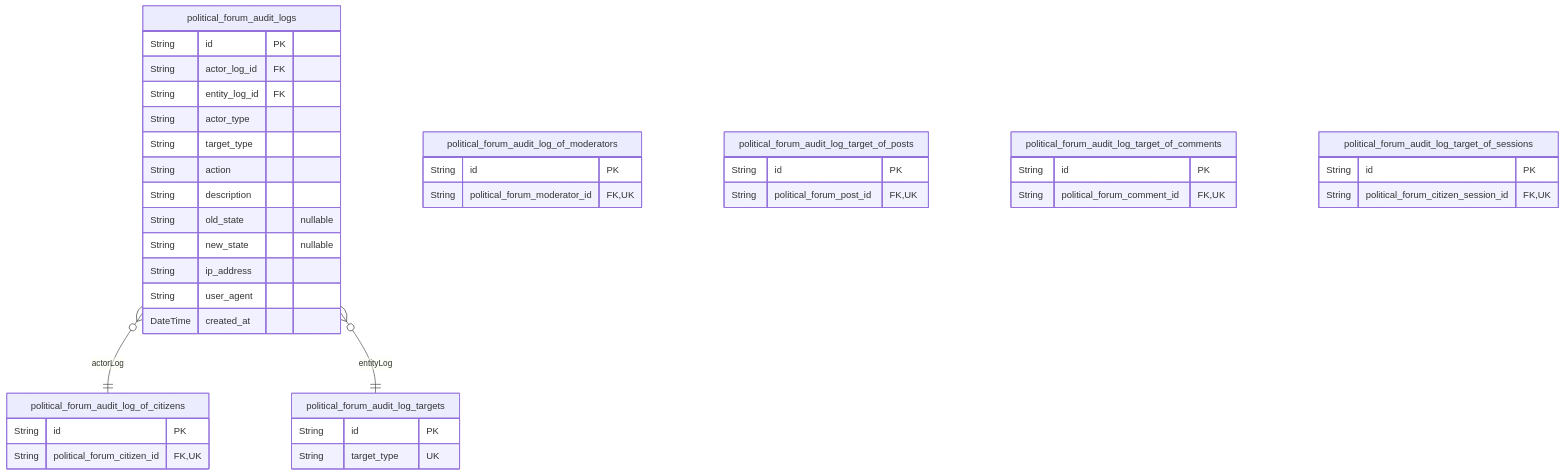
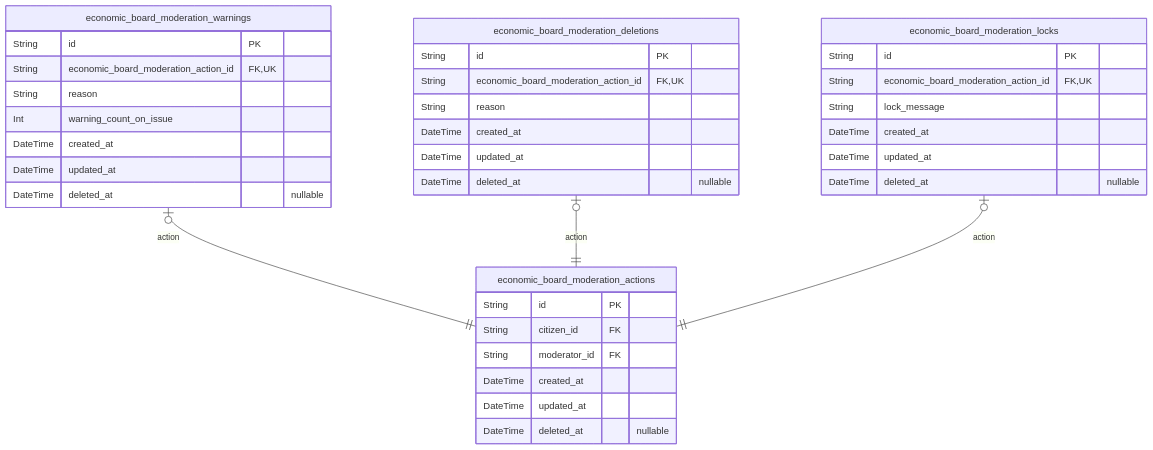
Before and after one commit to wrtnlabs/autobe-examples: the fifth of 6 diagrams in qwen/qwen3-next-80b-a3b-instruct/bbs/docs/ERD.md, drawn with Mermaid. The commit also changed other lines of this file and 22498 other files, not shown here.

````diff
--- a/qwen/qwen3-next-80b-a3b-instruct/bbs/docs/ERD.md
+++ b/qwen/qwen3-next-80b-a3b-instruct/bbs/docs/ERD.md
@@ -788,43 +743,39 @@
 ```mermaid
 erDiagram
-"political_forum_audit_logs" {
+"economic_board_moderation_actions" {
   String id PK
-  String actor_log_id FK
-  String entity_log_id FK
-  String actor_type
-  String target_type
-  String action
-  String description
-  String old_state "nullable"
-  String new_state "nullable"
-  String ip_address
-  String user_agent
+  String citizen_id FK
+  String moderator_id FK
   DateTime created_at
+  DateTime updated_at
+  DateTime deleted_at "nullable"
 }
-"political_forum_audit_log_of_citizens" {
+"economic_board_moderation_warnings" {
   String id PK
-  String political_forum_citizen_id FK,UK
+  String economic_board_moderation_action_id FK,UK
+  String reason
+  Int warning_count_on_issue
+  DateTime created_at
+  DateTime updated_at
+  DateTime deleted_at "nullable"
 }
-"political_forum_audit_log_of_moderators" {
+"economic_board_moderation_deletions" {
   String id PK
-  String political_forum_moderator_id FK,UK
+  String economic_board_moderation_action_id FK,UK
+  String reason
+  DateTime created_at
+  DateTime updated_at
+  DateTime deleted_at "nullable"
 }
-"political_forum_audit_log_target_of_posts" {
+"economic_board_moderation_locks" {
   String id PK
-  String political_forum_post_id FK,UK
+  String economic_board_moderation_action_id FK,UK
+  String lock_message
+  DateTime created_at
+  DateTime updated_at
+  DateTime deleted_at "nullable"
 }
-"political_forum_audit_log_target_of_comments" {
-  String id PK
-  String political_forum_comment_id FK,UK
-}
-"political_forum_audit_log_target_of_sessions" {
-  String id PK
-  String political_forum_citizen_session_id FK,UK
-}
-"political_forum_audit_log_targets" {
-  String id PK
-  String target_type UK
-}
-"political_forum_audit_logs" }o--|| "political_forum_audit_log_of_citizens" : actorLog
-"political_forum_audit_logs" }o--|| "political_forum_audit_log_targets" : entityLog
+"economic_board_moderation_warnings" |o--|| "economic_board_moderation_actions" : action
+"economic_board_moderation_deletions" |o--|| "economic_board_moderation_actions" : action
+"economic_board_moderation_locks" |o--|| "economic_board_moderation_actions" : action
 ```
````
